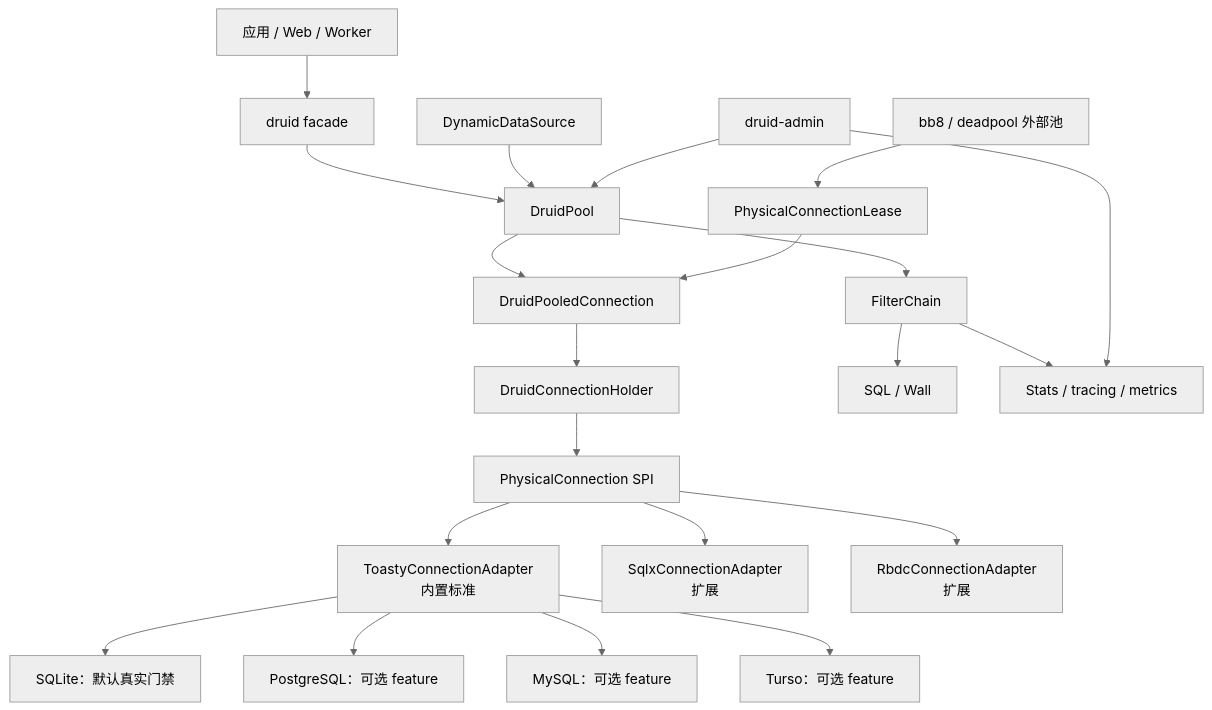
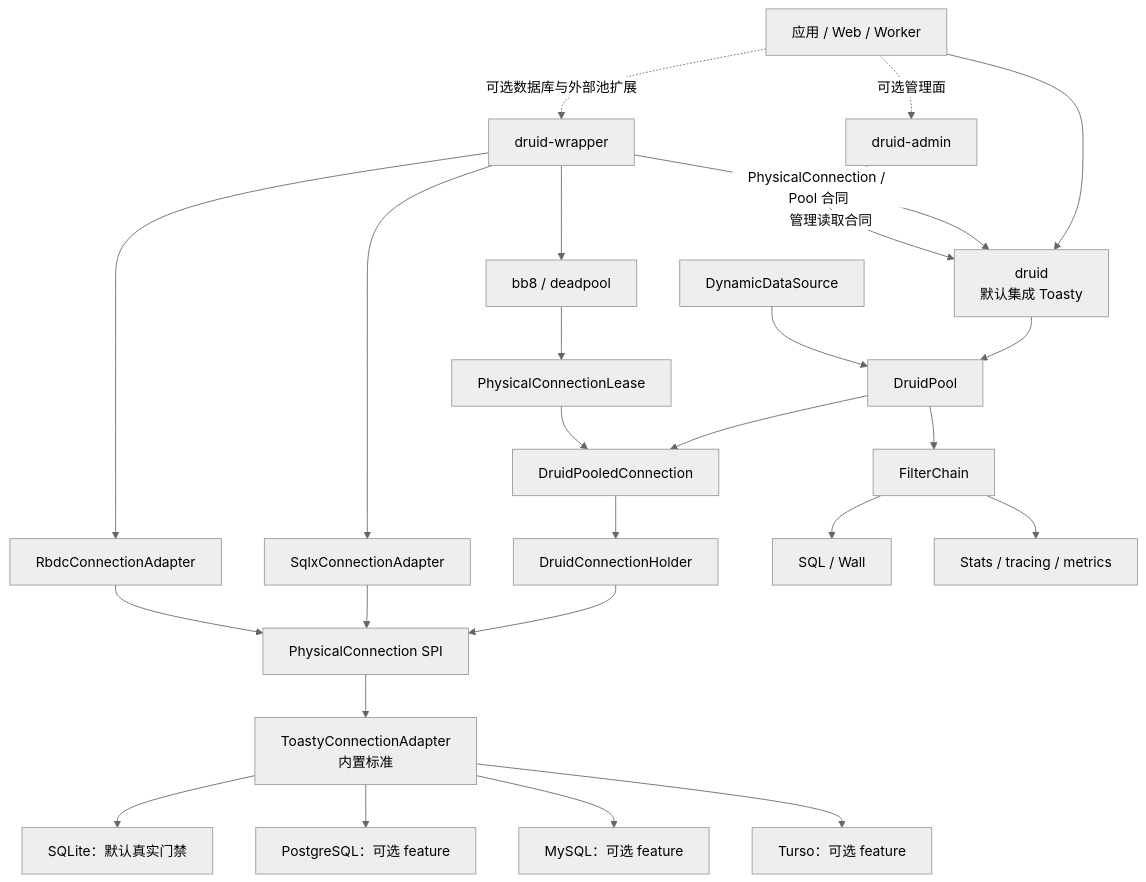
The first of 6 diagrams in doc/druid-rust-Architecture.zh_CN.md (easy-4-rust/druid-rust), drawn with Mermaid (neutral theme) before and after one commit. The commit also changed other lines of this file and 260 other files, not shown here.

````diff
--- a/doc/druid-rust-Architecture.zh_CN.md
+++ b/doc/druid-rust-Architecture.zh_CN.md
@@ -67,27 +67,34 @@
 ```mermaid
 flowchart TB
-    App["应用 / Web / Worker"] --> Facade["druid facade"]
-    Facade --> Pool["DruidPool"]
+    App["应用 / Web / Worker"] --> Druid["druid<br/>默认集成 Toasty"]
+    App -. "可选数据库与外部池扩展" .-> Wrapper["druid-wrapper"]
+    App -. "可选管理面" .-> Admin["druid-admin"]
+
+    Wrapper -->|"PhysicalConnection / Pool 合同"| Druid
+    Admin -->|"管理读取合同"| Druid
+
+    Druid --> Pool["DruidPool"]
     Pool --> Public["DruidPooledConnection"]
     Public --> Holder["DruidConnectionHolder"]
     Holder --> SPI["PhysicalConnection SPI"]
 
     SPI --> Toasty["ToastyConnectionAdapter<br/>内置标准"]
-    SPI --> Sqlx["SqlxConnectionAdapter<br/>扩展"]
-    SPI --> Rbdc["RbdcConnectionAdapter<br/>扩展"]
+    Wrapper --> Sqlx["SqlxConnectionAdapter"]
+    Wrapper --> Rbdc["RbdcConnectionAdapter"]
+    Wrapper --> External["bb8 / deadpool"]
+    Sqlx --> SPI
+    Rbdc --> SPI
 
     Toasty --> SQLite["SQLite：默认真实门禁"]
     Toasty --> Pg["PostgreSQL：可选 feature"]
     Toasty --> MySql["MySQL：可选 feature"]
     Toasty --> Turso["Turso：可选 feature"]
 
     Pool --> Filter["FilterChain"]
     Filter --> Sql["SQL / Wall"]
     Filter --> Stats["Stats / tracing / metrics"]
     Dynamic["DynamicDataSource"] --> Pool
-    Admin["druid-admin"] --> Pool
-    Admin --> Stats
 
-    External["bb8 / deadpool 外部池"] --> Lease["PhysicalConnectionLease"]
+    External --> Lease["PhysicalConnectionLease"]
     Lease --> Public
 ```
````
